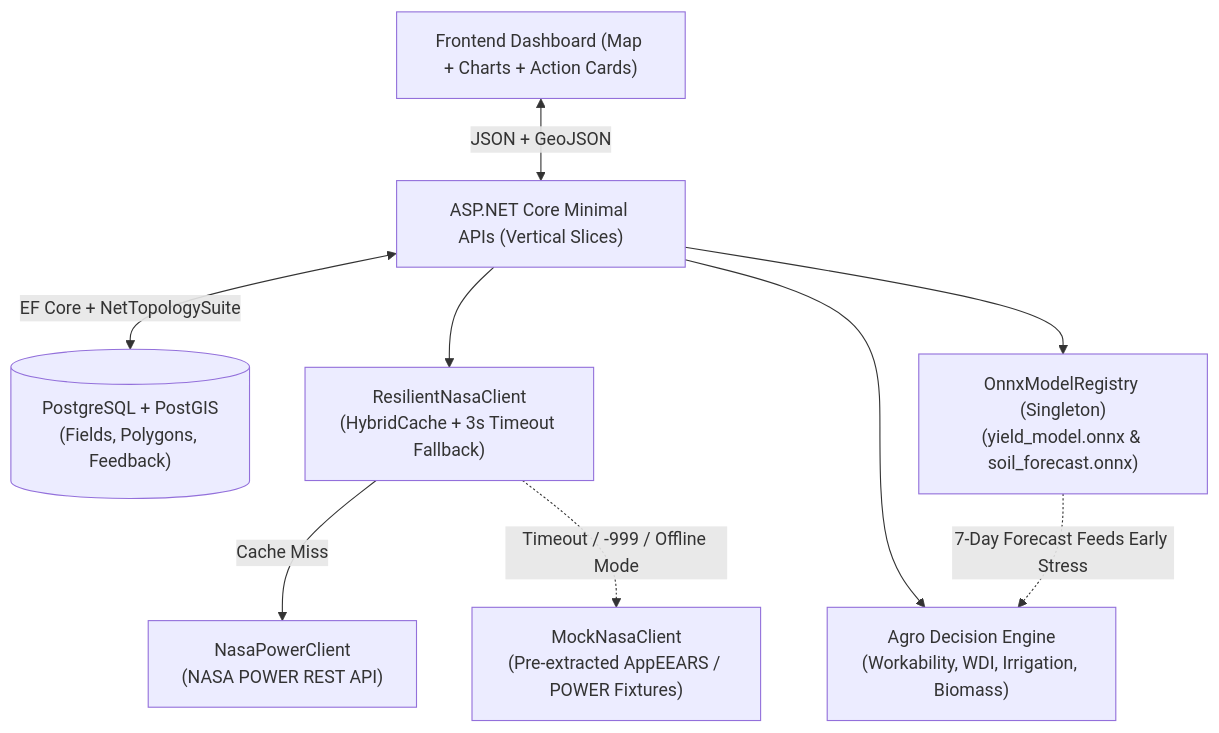
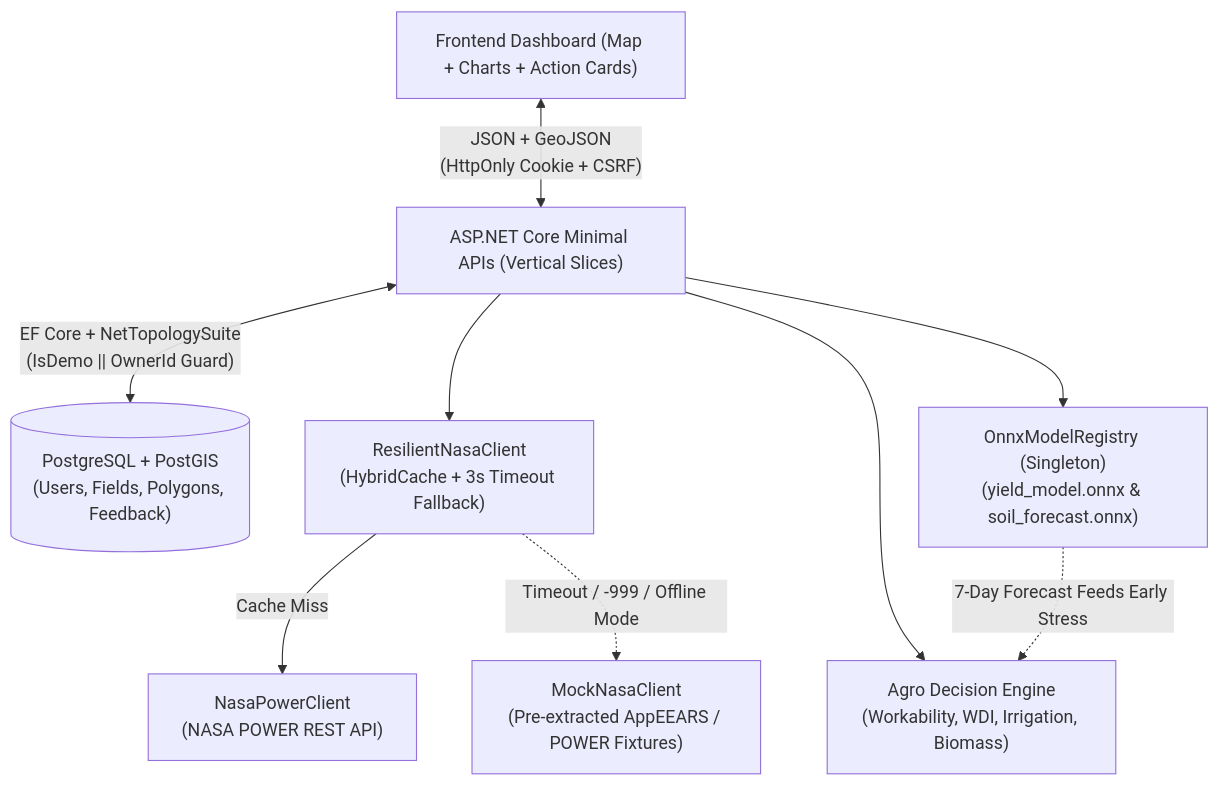
Before and after one commit to Nikolas321654/FarmFlow_Nasa: the diagram in backend/docs/architecture.md, drawn with Mermaid. The commit also changed other lines of this file and 6 other files, not shown here.

````diff
--- a/backend/docs/architecture.md
+++ b/backend/docs/architecture.md
@@ -101,20 +113,20 @@
 ```mermaid
 flowchart TD
     UI["Frontend Dashboard (Map + Charts + Action Cards)"]
     API["ASP.NET Core Minimal APIs (Vertical Slices)"]
-    DB[("PostgreSQL + PostGIS\n(Fields, Polygons, Feedback)")]
+    DB[("PostgreSQL + PostGIS\n(Users, Fields, Polygons, Feedback)")]
     Resilient["ResilientNasaClient\n(HybridCache + 3s Timeout Fallback)"]
     LiveNASA["NasaPowerClient\n(NASA POWER REST API)"]
     MockNASA["MockNasaClient\n(Pre-extracted AppEEARS / POWER Fixtures)"]
     AgroEngine["Agro Decision Engine\n(Workability, WDI, Irrigation, Biomass)"]
     ONNX["OnnxModelRegistry (Singleton)\n(yield_model.onnx & soil_forecast.onnx)"]
 
-    UI <-->|JSON + GeoJSON| API
-    API <-->|EF Core + NetTopologySuite| DB
+    UI <-->|"JSON + GeoJSON\n(HttpOnly Cookie + CSRF)"| API
+    API <-->|"EF Core + NetTopologySuite\n(IsDemo || OwnerId Guard)"| DB
     API --> Resilient
     Resilient -->|Cache Miss| LiveNASA
     Resilient -.->|Timeout / -999 / Offline Mode| MockNASA
     API --> AgroEngine
     API --> ONNX
     ONNX -.->|7-Day Forecast Feeds Early Stress| AgroEngine
 ```
````
